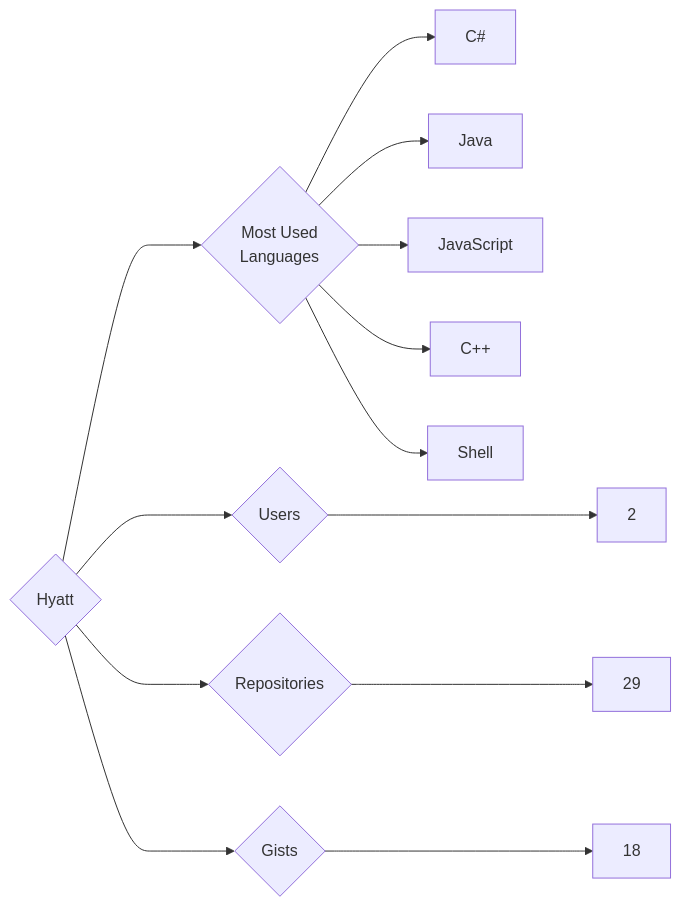
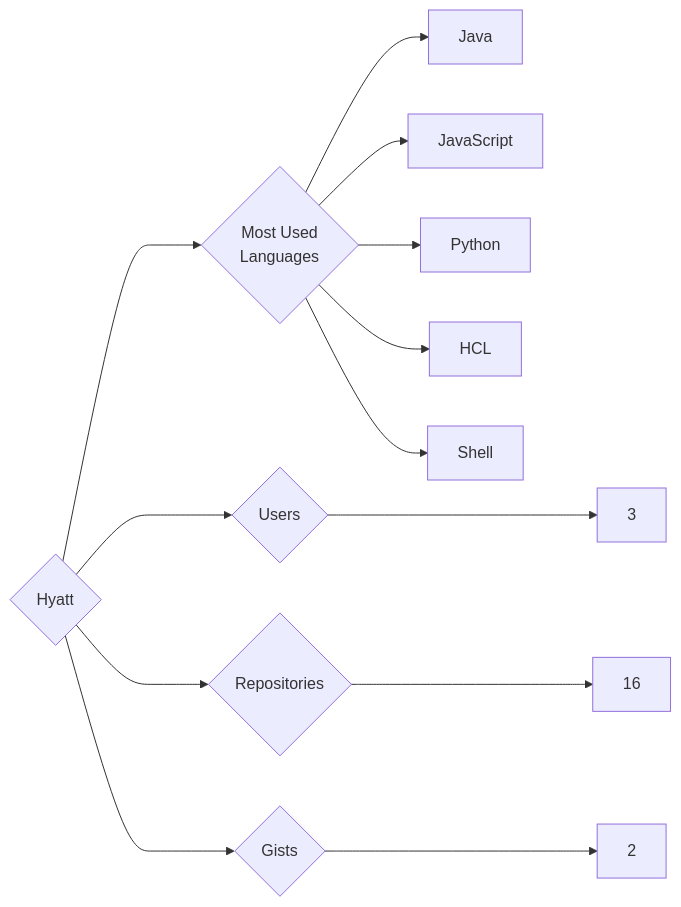
One commit to trickest/insiders changed the diagram in targets/Hyatt/README.md. Above: the diagram before and after it, drawn with Mermaid. The commit also changed 988 other files, not shown here.

````diff
--- a/targets/Hyatt/README.md
+++ b/targets/Hyatt/README.md
@@ -3,13 +3,13 @@
 ```mermaid
 graph LR
 COMPANY_NAME{Hyatt}
-COMPANY_NAME ---> U{Users} ---> UN[2]
-COMPANY_NAME ---> R{Repositories} ---> RN[29]
-COMPANY_NAME ---> G{Gists} ---> GN[18]
+COMPANY_NAME ---> U{Users} ---> UN[3]
+COMPANY_NAME ---> R{Repositories} ---> RN[16]
+COMPANY_NAME ---> G{Gists} ---> GN[2]
 COMPANY_NAME ---> ML{Most Used<br>Languages}
-ML --> C#[C#]
 ML --> Java[Java]
 ML --> JavaScript[JavaScript]
-ML --> C++[C++]
+ML --> Python[Python]
+ML --> HCL[HCL]
 ML --> Shell[Shell]
 ```
````
